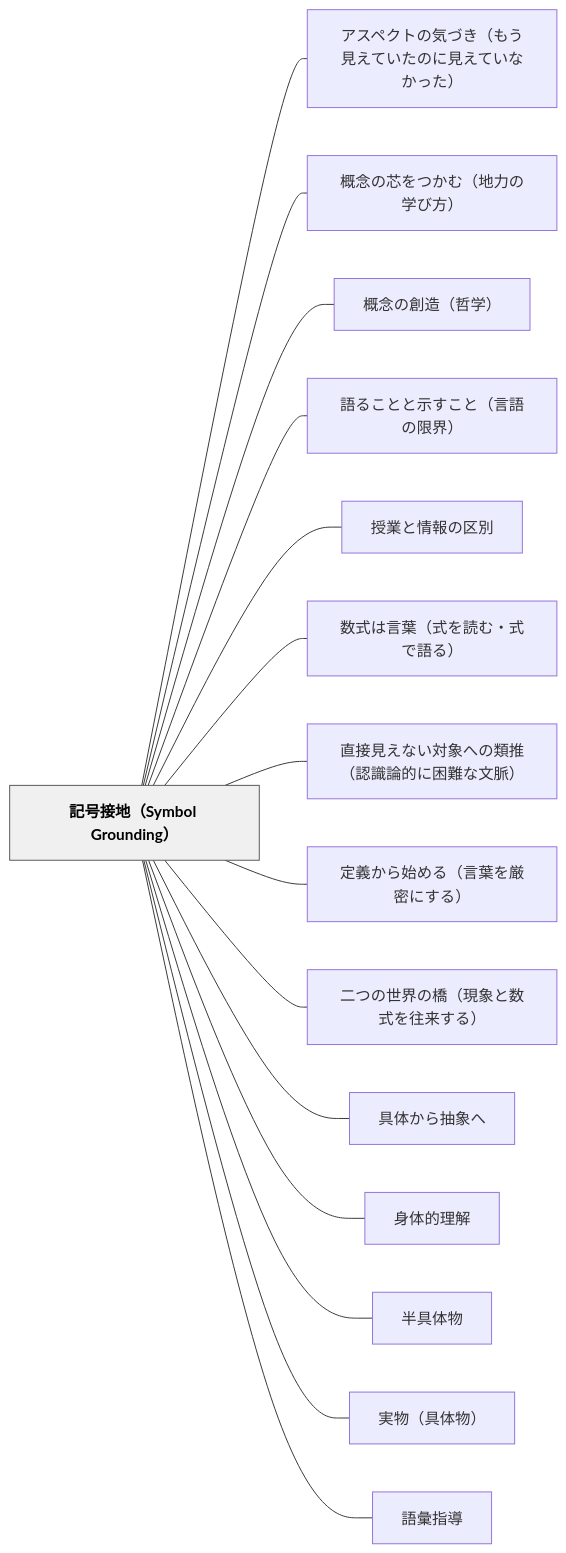
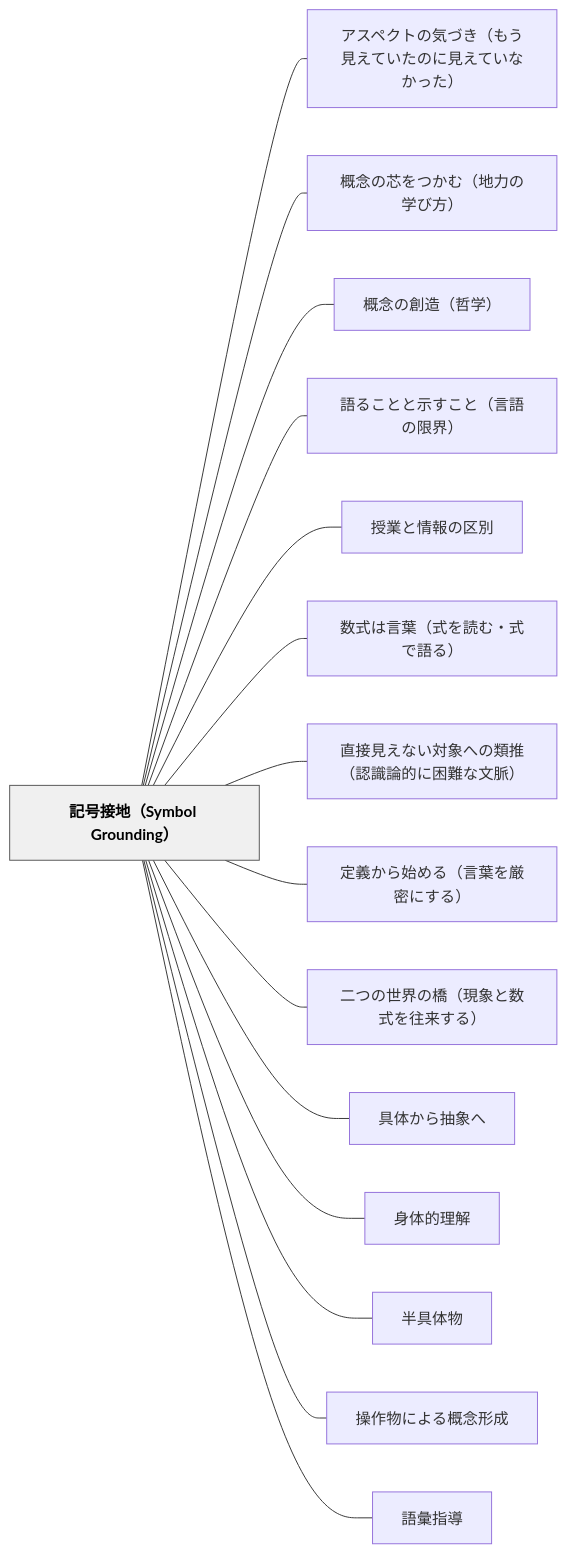
The diagram in content/パタン/記号接地（Symbol Grounding）.md (unknownthings-ed-patterns/unknownthings-ed-patterns), drawn with Mermaid before and after one commit. The commit also changed other lines of this file and 13 other files, not shown here.

````diff
--- a/content/パタン/記号接地（Symbol Grounding）.md
+++ b/content/パタン/記号接地（Symbol Grounding）.md
@@ -233,36 +233,36 @@
 ```mermaid
 flowchart LR
     ne8a898e58fb7e68ea5e59cb0efbc8853796d626f6c2047726f756e64696e67efbc89["記号接地（Symbol Grounding）"]
     ne382a2e382b9e3839ae382afe38388e381aee6b097e381a5e3818defbc88e38282e38186e8a68be38188e381a6e38184e3819fe381aee381abe8a68be38188e381a6e38184e381aae3818be381a3e3819fefbc89["アスペクトの気づき（もう見えていたのに見えていなかった）"]
     ne6a682e5bfb5e381aee88aafe38292e381a4e3818be38280efbc88e59cb0e58a9be381aee5ada6e381b3e696b9efbc89["概念の芯をつかむ（地力の学び方）"]
     ne6a682e5bfb5e381aee589b5e980a0efbc88e593b2e5ada6efbc89["概念の創造（哲学）"]
     ne8aa9ee3828be38193e381a8e381a8e7a4bae38199e38193e381a8efbc88e8a880e8aa9ee381aee99990e7958cefbc89["語ることと示すこと（言語の限界）"]
     ne68e88e6a5ade381a8e68385e5a0b1e381aee58cbae588a5["授業と情報の区別"]
     ne695b0e5bc8fe381afe8a880e89189efbc88e5bc8fe38292e8aaade38280e383bbe5bc8fe381a7e8aa9ee3828befbc89["数式は言葉（式を読む・式で語る）"]
     ne79bb4e68ea5e8a68be38188e381aae38184e5afbee8b1a1e381b8e381aee9a19ee68ea8efbc88e8aa8de8ad98e8ab96e79a84e381abe59bb0e99ba3e381aae69687e88488efbc89["直接見えない対象への類推（認識論的に困難な文脈）"]
     ne5ae9ae7bea9e3818be38289e5a78be38281e3828befbc88e8a880e89189e38292e58eb3e5af86e381abe38199e3828befbc89["定義から始める（言葉を厳密にする）"]
     ne4ba8ce381a4e381aee4b896e7958ce381aee6a98befbc88e78fbee8b1a1e381a8e695b0e5bc8fe38292e5be80e69da5e38199e3828befbc89["二つの世界の橋（現象と数式を往来する）"]
     ne585b7e4bd93e3818be38289e68abde8b1a1e381b8["具体から抽象へ"]
     ne8baabe4bd93e79a84e79086e8a7a3["身体的理解"]
     ne58d8ae585b7e4bd93e789a9["半具体物"]
-    ne5ae9fe789a9efbc88e585b7e4bd93e789a9efbc89["実物（具体物）"]
+    ne6938de4bd9ce789a9e381abe38288e3828be6a682e5bfb5e5bda2e68890["操作物による概念形成"]
     ne8aa9ee5bd99e68c87e5b08e["語彙指導"]
 
     ne8a898e58fb7e68ea5e59cb0efbc8853796d626f6c2047726f756e64696e67efbc89 --- ne382a2e382b9e3839ae382afe38388e381aee6b097e381a5e3818defbc88e38282e38186e8a68be38188e381a6e38184e3819fe381aee381abe8a68be38188e381a6e38184e381aae3818be381a3e3819fefbc89
     ne8a898e58fb7e68ea5e59cb0efbc8853796d626f6c2047726f756e64696e67efbc89 --- ne6a682e5bfb5e381aee88aafe38292e381a4e3818be38280efbc88e59cb0e58a9be381aee5ada6e381b3e696b9efbc89
     ne8a898e58fb7e68ea5e59cb0efbc8853796d626f6c2047726f756e64696e67efbc89 --- ne6a682e5bfb5e381aee589b5e980a0efbc88e593b2e5ada6efbc89
     ne8a898e58fb7e68ea5e59cb0efbc8853796d626f6c2047726f756e64696e67efbc89 --- ne8aa9ee3828be38193e381a8e381a8e7a4bae38199e38193e381a8efbc88e8a880e8aa9ee381aee99990e7958cefbc89
     ne8a898e58fb7e68ea5e59cb0efbc8853796d626f6c2047726f756e64696e67efbc89 --- ne68e88e6a5ade381a8e68385e5a0b1e381aee58cbae588a5
     ne8a898e58fb7e68ea5e59cb0efbc8853796d626f6c2047726f756e64696e67efbc89 --- ne695b0e5bc8fe381afe8a880e89189efbc88e5bc8fe38292e8aaade38280e383bbe5bc8fe381a7e8aa9ee3828befbc89
     ne8a898e58fb7e68ea5e59cb0efbc8853796d626f6c2047726f756e64696e67efbc89 --- ne79bb4e68ea5e8a68be38188e381aae38184e5afbee8b1a1e381b8e381aee9a19ee68ea8efbc88e8aa8de8ad98e8ab96e79a84e381abe59bb0e99ba3e381aae69687e88488efbc89
     ne8a898e58fb7e68ea5e59cb0efbc8853796d626f6c2047726f756e64696e67efbc89 --- ne5ae9ae7bea9e3818be38289e5a78be38281e3828befbc88e8a880e89189e38292e58eb3e5af86e381abe38199e3828befbc89
     ne8a898e58fb7e68ea5e59cb0efbc8853796d626f6c2047726f756e64696e67efbc89 --- ne4ba8ce381a4e381aee4b896e7958ce381aee6a98befbc88e78fbee8b1a1e381a8e695b0e5bc8fe38292e5be80e69da5e38199e3828befbc89
     ne8a898e58fb7e68ea5e59cb0efbc8853796d626f6c2047726f756e64696e67efbc89 --- ne585b7e4bd93e3818be38289e68abde8b1a1e381b8
     ne8a898e58fb7e68ea5e59cb0efbc8853796d626f6c2047726f756e64696e67efbc89 --- ne8baabe4bd93e79a84e79086e8a7a3
     ne8a898e58fb7e68ea5e59cb0efbc8853796d626f6c2047726f756e64696e67efbc89 --- ne58d8ae585b7e4bd93e789a9
-    ne8a898e58fb7e68ea5e59cb0efbc8853796d626f6c2047726f756e64696e67efbc89 --- ne5ae9fe789a9efbc88e585b7e4bd93e789a9efbc89
+    ne8a898e58fb7e68ea5e59cb0efbc8853796d626f6c2047726f756e64696e67efbc89 --- ne6938de4bd9ce789a9e381abe38288e3828be6a682e5bfb5e5bda2e68890
     ne8a898e58fb7e68ea5e59cb0efbc8853796d626f6c2047726f756e64696e67efbc89 --- ne8aa9ee5bd99e68c87e5b08e
 
     classDef hub fill:#f0f0f0,stroke:#555,color:#000,font-weight:bold
     class ne8a898e58fb7e68ea5e59cb0efbc8853796d626f6c2047726f756e64696e67efbc89 hub
 ```
````
